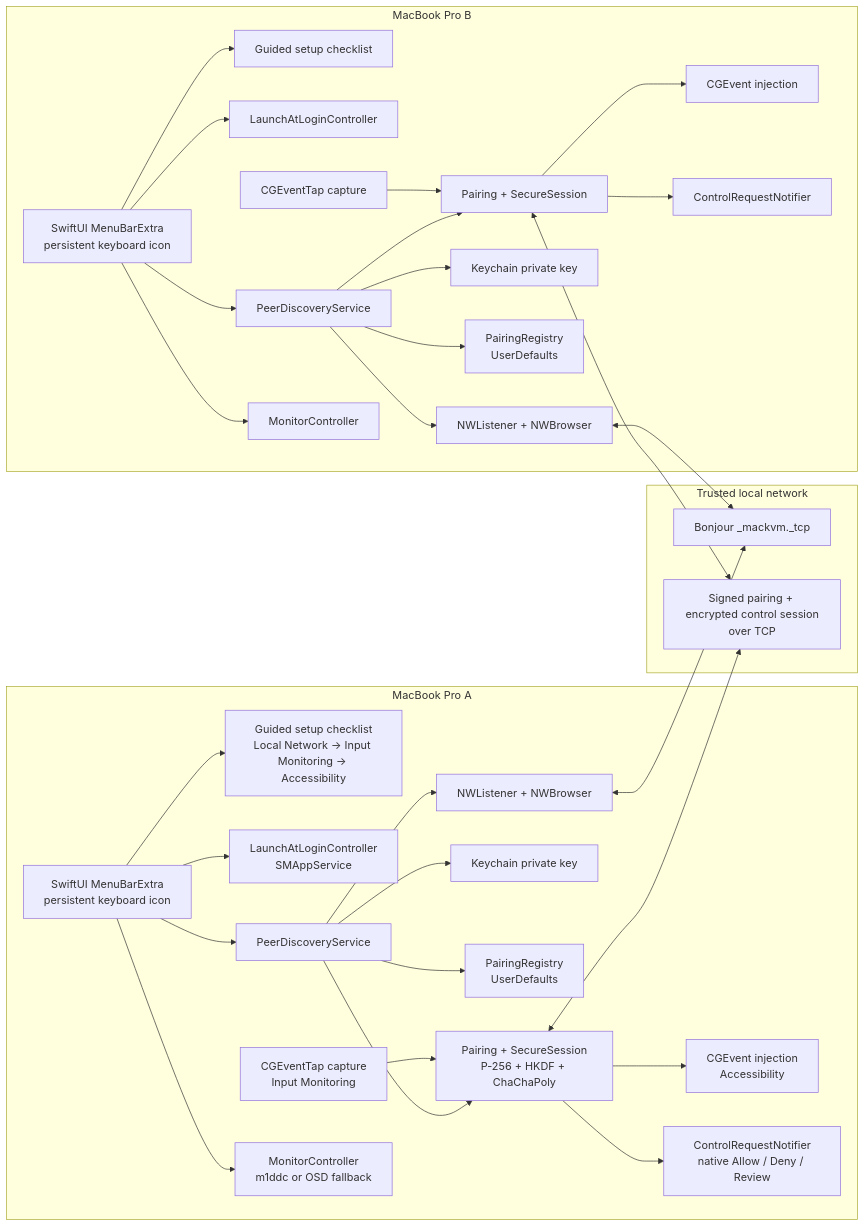
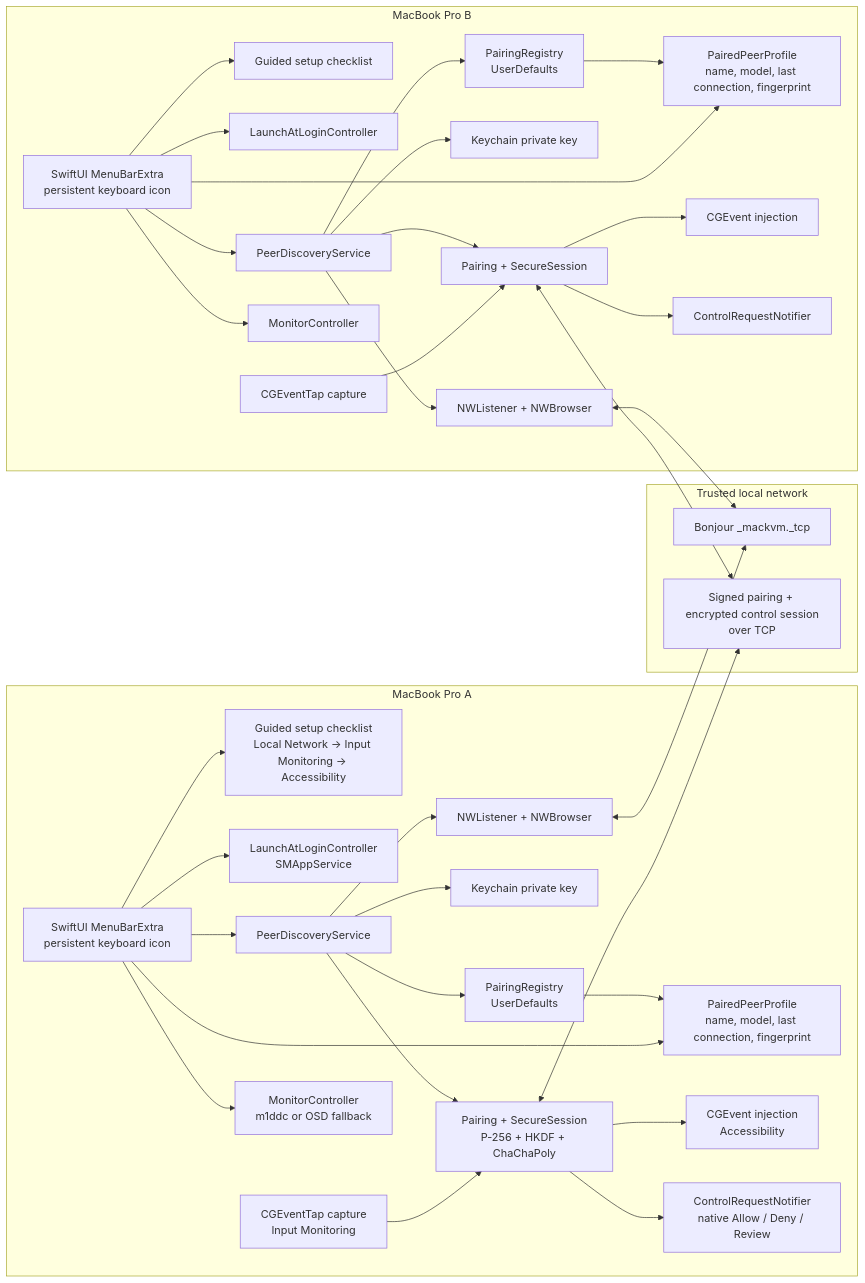
The first of 4 diagrams in ARCHITECTURE.md (rudinyu/MacKVM), drawn with Mermaid before and after one commit. The commit also changed other lines of this file and 17 other files, not shown here.

````diff
--- a/ARCHITECTURE.md
+++ b/ARCHITECTURE.md
@@ -10,64 +10,70 @@
 ```mermaid
 flowchart LR
     subgraph MacA["MacBook Pro A"]
         UIA["SwiftUI MenuBarExtra<br/>persistent keyboard icon"]
         PermA["Guided setup checklist<br/>Local Network → Input Monitoring → Accessibility"]
         LoginA["LaunchAtLoginController<br/>SMAppService"]
         DA["PeerDiscoveryService"]
         WA["NWListener + NWBrowser"]
         KA["Keychain private key"]
         RA["PairingRegistry<br/>UserDefaults"]
+        ProfileA["PairedPeerProfile<br/>name, model, last connection, fingerprint"]
         PA["Pairing + SecureSession<br/>P-256 + HKDF + ChaChaPoly"]
         IA["CGEventTap capture<br/>Input Monitoring"]
         OA["CGEvent injection<br/>Accessibility"]
         NA["ControlRequestNotifier<br/>native Allow / Deny / Review"]
         MA["MonitorController<br/>m1ddc or OSD fallback"]
         UIA --> DA
         UIA --> PermA
         UIA --> LoginA
         DA --> WA
         DA --> PA
         DA --> KA
         DA --> RA
+        RA --> ProfileA
+        UIA --> ProfileA
         IA --> PA
         PA --> OA
         PA --> NA
         UIA --> MA
     end
 
     subgraph LAN["Trusted local network"]
         Bonjour["Bonjour _mackvm._tcp"]
         TCP["Signed pairing + encrypted control session<br/>over TCP"]
     end
 
     subgraph MacB["MacBook Pro B"]
         UIB["SwiftUI MenuBarExtra<br/>persistent keyboard icon"]
         PermB["Guided setup checklist"]
         LoginB["LaunchAtLoginController"]
         DB["PeerDiscoveryService"]
         WB["NWListener + NWBrowser"]
         KB["Keychain private key"]
         RB["PairingRegistry<br/>UserDefaults"]
+        ProfileB["PairedPeerProfile<br/>name, model, last connection, fingerprint"]
         PB["Pairing + SecureSession"]
         IB["CGEventTap capture"]
         OB["CGEvent injection"]
         NB["ControlRequestNotifier"]
         MB["MonitorController"]
         UIB --> DB
         UIB --> PermB
         UIB --> LoginB
         DB --> WB
         DB --> PB
         DB --> KB
         DB --> RB
+        RB --> ProfileB
+        UIB --> ProfileB
         IB --> PB
         PB --> OB
         PB --> NB
         UIB --> MB
     end
 
     WA <--> Bonjour
     WB <--> Bonjour
     PA <--> TCP
     PB <--> TCP
 ```
````
